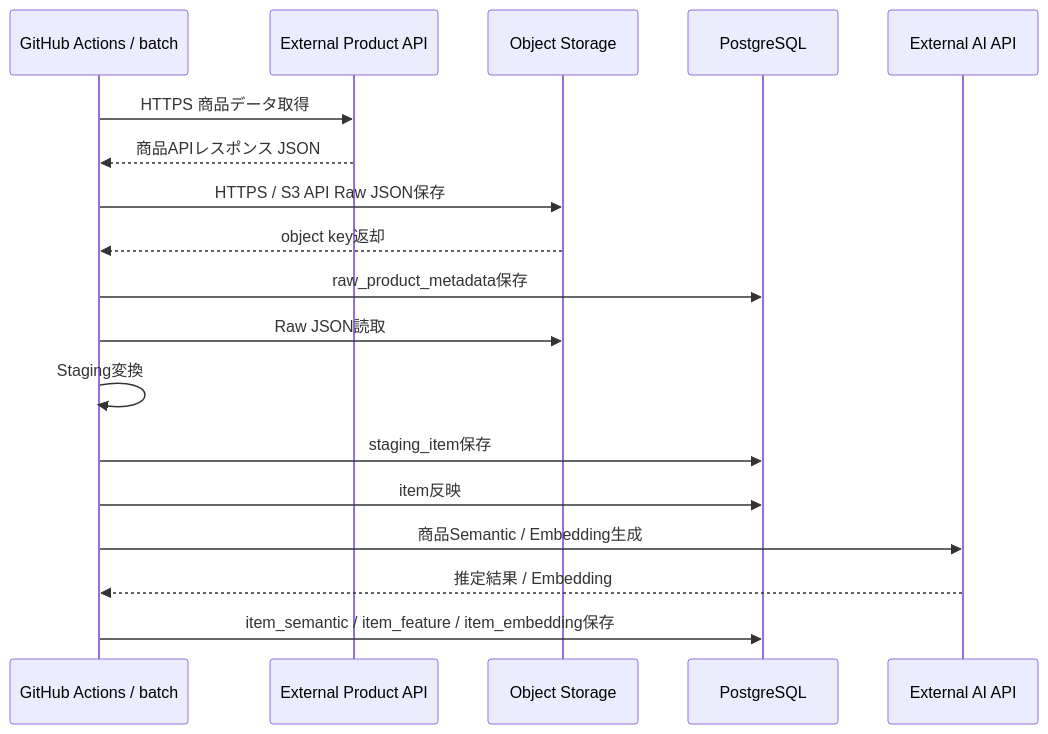
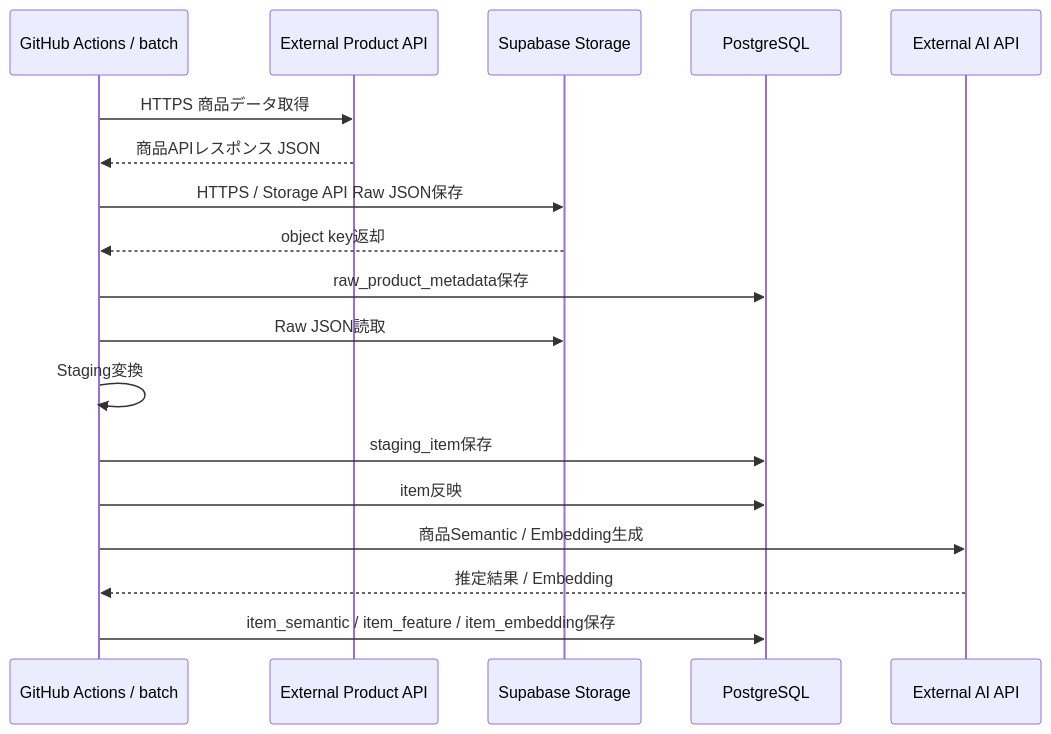
The third of 7 diagrams in docs/05_アプリケーション設計/基盤/システム物理構成図.md (ryo-chan-k6/GiftRecommendAPP_MVP_CYCLE_3), drawn with Mermaid before and after one commit. The commit also changed other lines of this file, not shown here.

Commit message:
docs: システム物理構成図をSupabase前提へ整合

````diff
--- a/docs/05_アプリケーション設計/基盤/システム物理構成図.md
+++ b/docs/05_アプリケーション設計/基盤/システム物理構成図.md
@@ -231,25 +233,25 @@
 ```mermaid
 sequenceDiagram
     participant GHA as GitHub Actions / batch
     participant ProductAPI as External Product API
-    participant Storage as Object Storage
+    participant Storage as Supabase Storage
     participant DB as PostgreSQL
     participant AI as External AI API
 
     GHA->>ProductAPI: HTTPS 商品データ取得
     ProductAPI-->>GHA: 商品APIレスポンス JSON
 
-    GHA->>Storage: HTTPS / S3 API Raw JSON保存
+    GHA->>Storage: HTTPS / Storage API Raw JSON保存
     Storage-->>GHA: object key返却
 
     GHA->>DB: raw_product_metadata保存
     GHA->>Storage: Raw JSON読取
     GHA->>GHA: Staging変換
     GHA->>DB: staging_item保存
     GHA->>DB: item反映
 
     GHA->>AI: 商品Semantic / Embedding生成
     AI-->>GHA: 推定結果 / Embedding
 
     GHA->>DB: item_semantic / item_feature / item_embedding保存
 ```
````
